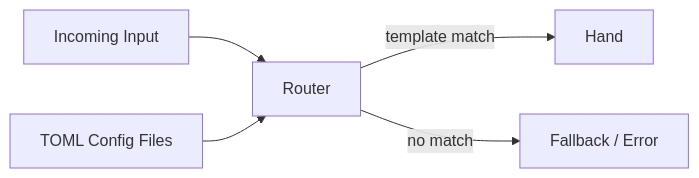
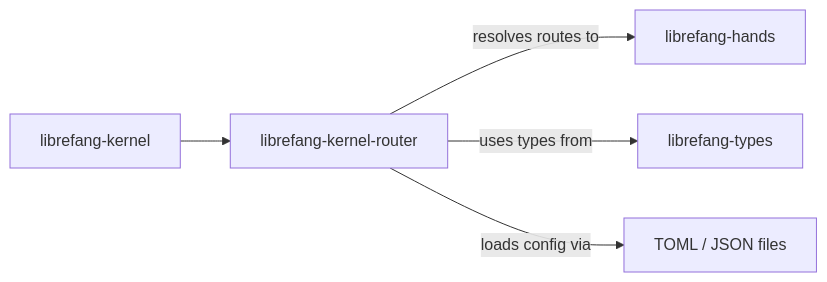
The diagram in other-librefang-kernel-router.md (leszek3737/librefang-WIki), drawn with Mermaid before and after one commit. The commit also changed other lines of this file and 126 other files, not shown here.

````diff
--- a/other-librefang-kernel-router.md
+++ b/other-librefang-kernel-router.md
@@ -31,7 +40,7 @@
 ```mermaid
-flowchart LR
-    A[Incoming Input] --> B[Router]
-    C[TOML Config Files] --> B
-    B -->|template match| D[Hand]
-    B -->|no match| E[Fallback / Error]
+graph LR
+    A[librefang-kernel] --> B[librefang-kernel-router]
+    B -->|resolves routes to| C[librefang-hands]
+    B -->|uses types from| D[librefang-types]
+    B -->|loads config via| E[TOML / JSON files]
 ```
````
